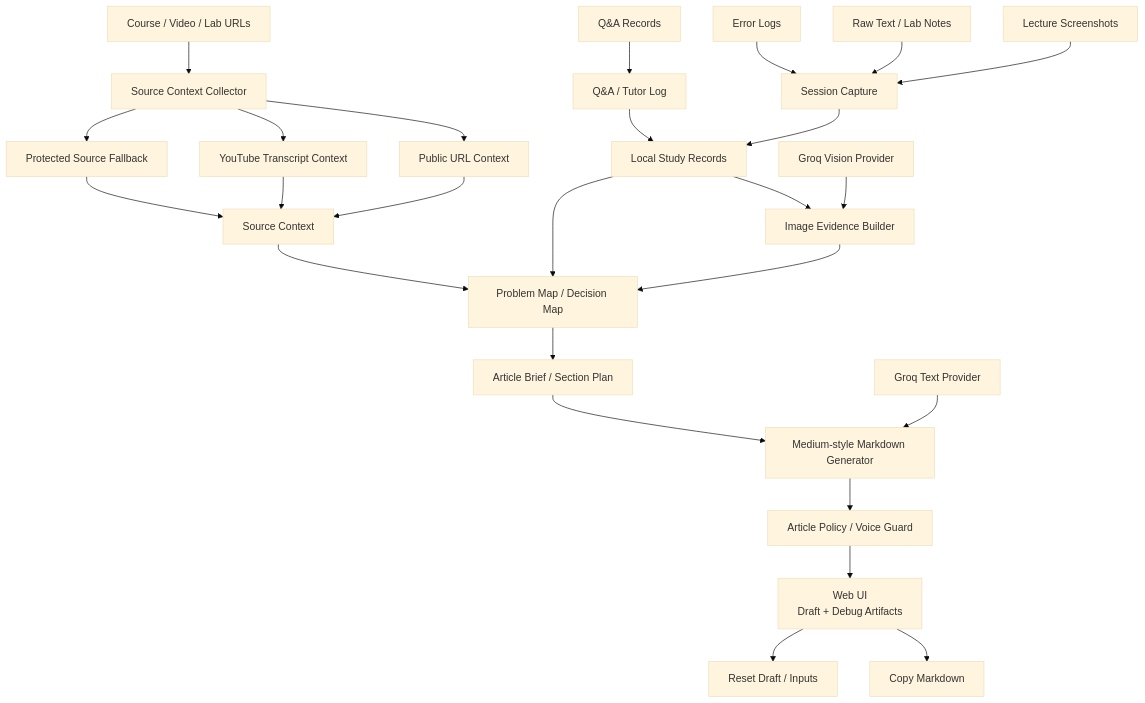
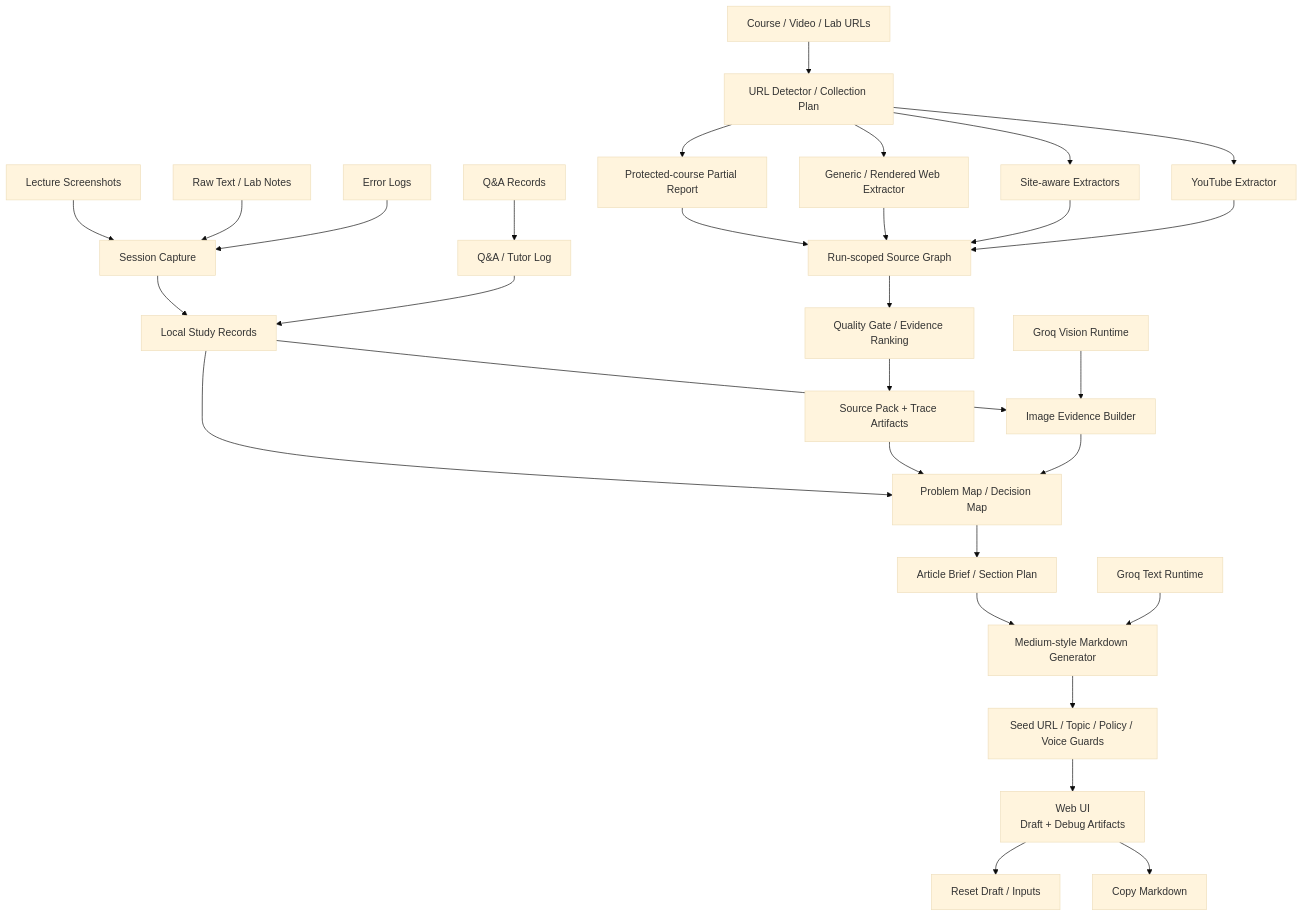
One commit to onekindalpha/Study-Documentation-Ai-Agent changed the first of 2 diagrams in README.ko.md. Above: the diagram before and after it, drawn with Mermaid (base theme). The commit also changed other lines of this file and 1 other file, not shown here.

Commit message:
docs: align README with latest HF architecture

````diff
--- a/README.ko.md
+++ b/README.ko.md
@@ -62,34 +68,38 @@
 ```mermaid
 flowchart TB
     IMG["Lecture Screenshots"] --> CAP["Session Capture"]
     TXT["Raw Text / Lab Notes"] --> CAP
     ERR["Error Logs"] --> CAP
-    URL["Course / Video / Lab URLs"] --> SRC["Source Context Collector"]
+    URL["Course / Video / Lab URLs"] --> DETECT["URL Detector / Collection Plan"]
     QA["Q&A Records"] --> QALOG["Q&A / Tutor Log"]
 
     CAP --> RECORDS["Local Study Records"]
     QALOG --> RECORDS
 
-    SRC --> WEB["Public URL Context"]
-    SRC --> YT["YouTube Transcript Context"]
-    SRC --> FALLBACK["Protected Source Fallback"]
+    DETECT --> YT["YouTube Extractor"]
+    DETECT --> SITE["Site-aware Extractors"]
+    DETECT --> WEB["Generic / Rendered Web Extractor"]
+    DETECT --> FALLBACK["Protected-course Partial Report"]
 
     RECORDS --> EVID["Image Evidence Builder"]
-    WEB --> CTX["Source Context"]
-    YT --> CTX
-    FALLBACK --> CTX
+    YT --> GRAPH["Run-scoped Source Graph"]
+    SITE --> GRAPH
+    WEB --> GRAPH
+    FALLBACK --> GRAPH
+    GRAPH --> QUALITY["Quality Gate / Evidence Ranking"]
+    QUALITY --> PACK["Source Pack + Trace Artifacts"]
 
-    VISION["Groq Vision Provider"] --> EVID
+    VISION["Groq Vision Runtime"] --> EVID
     EVID --> MAP["Problem Map / Decision Map"]
-    CTX --> MAP
+    PACK --> MAP
     RECORDS --> MAP
 
     MAP --> PLAN["Article Brief / Section Plan"]
     PLAN --> GEN["Medium-style Markdown Generator"]
-    GROQ["Groq Text Provider"] --> GEN
+    GROQ["Groq Text Runtime"] --> GEN
 
-    GEN --> GUARD["Article Policy / Voice Guard"]
+    GEN --> GUARD["Seed URL / Topic / Policy / Voice Guards"]
     GUARD --> UI["Web UI<br/>Draft + Debug Artifacts"]
     UI --> COPY["Copy Markdown"]
     UI --> RESET["Reset Draft / Inputs"]
 ```
````
